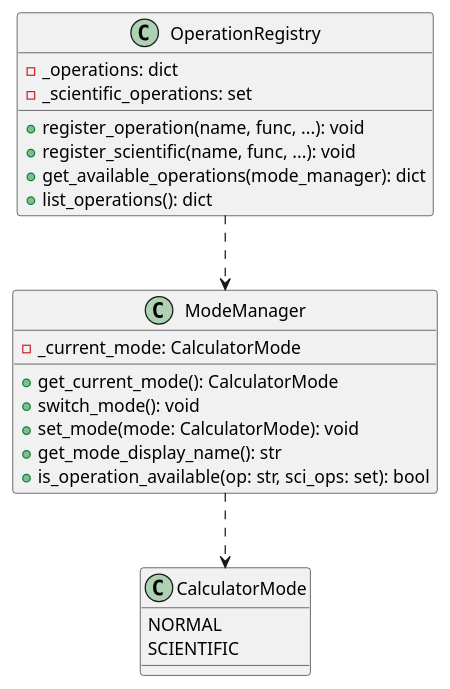
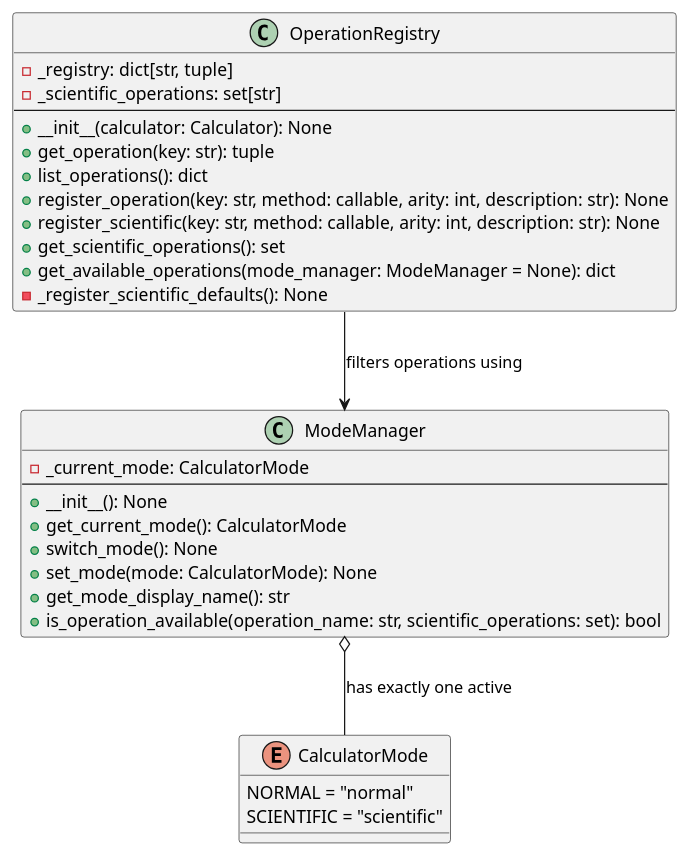
One commit to DanielRiha8906/Calculator_bachelor_autoevolution_team changed the diagram in artifacts/class_diagram_mode_system.puml. Above: the diagram before and after it, drawn with PlantUML. The commit also changed 3 other files, not shown here.

Commit message:
docs: update diagrams for scientific mode feature

```diff
--- a/artifacts/class_diagram_mode_system.puml
+++ b/artifacts/class_diagram_mode_system.puml
@@ -1,27 +1,36 @@
 @startuml class_diagram_mode_system
-class CalculatorMode {
-  NORMAL
-  SCIENTIFIC
+
+enum CalculatorMode {
+  NORMAL = "normal"
+  SCIENTIFIC = "scientific"
 }
 
 class ModeManager {
   -_current_mode: CalculatorMode
+  --
+  +__init__(): None
   +get_current_mode(): CalculatorMode
-  +switch_mode(): void
-  +set_mode(mode: CalculatorMode): void
+  +switch_mode(): None
+  +set_mode(mode: CalculatorMode): None
   +get_mode_display_name(): str
-  +is_operation_available(op: str, sci_ops: set): bool
+  +is_operation_available(operation_name: str, scientific_operations: set): bool
 }
 
 class OperationRegistry {
-  -_operations: dict
-  -_scientific_operations: set
-  +register_operation(name, func, ...): void
-  +register_scientific(name, func, ...): void
-  +get_available_operations(mode_manager): dict
+  -_registry: dict[str, tuple]
+  -_scientific_operations: set[str]
+  --
+  +__init__(calculator: Calculator): None
+  +get_operation(key: str): tuple
   +list_operations(): dict
+  +register_operation(key: str, method: callable, arity: int, description: str): None
+  +register_scientific(key: str, method: callable, arity: int, description: str): None
+  +get_scientific_operations(): set
+  +get_available_operations(mode_manager: ModeManager = None): dict
+  -_register_scientific_defaults(): None
 }
 
-ModeManager ..> CalculatorMode
-OperationRegistry ..> ModeManager
+ModeManager o-- CalculatorMode : has exactly one active
+OperationRegistry --> ModeManager : filters operations using
+
 @enduml
```
